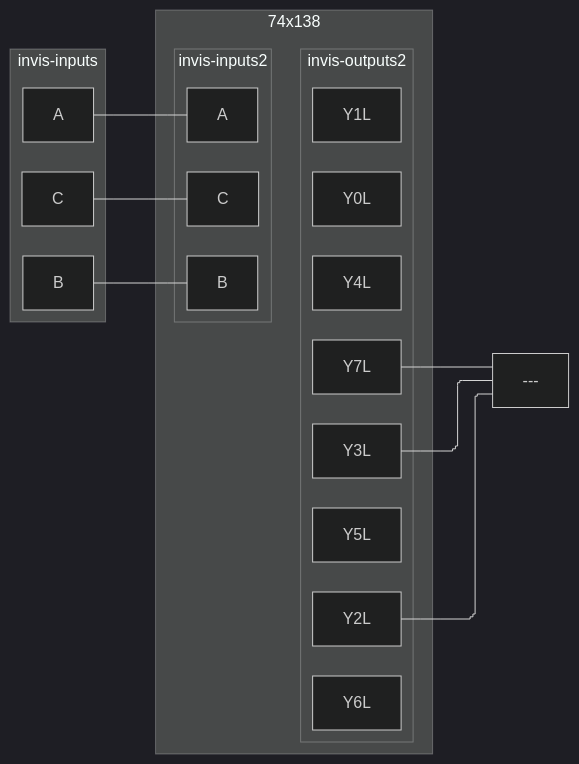
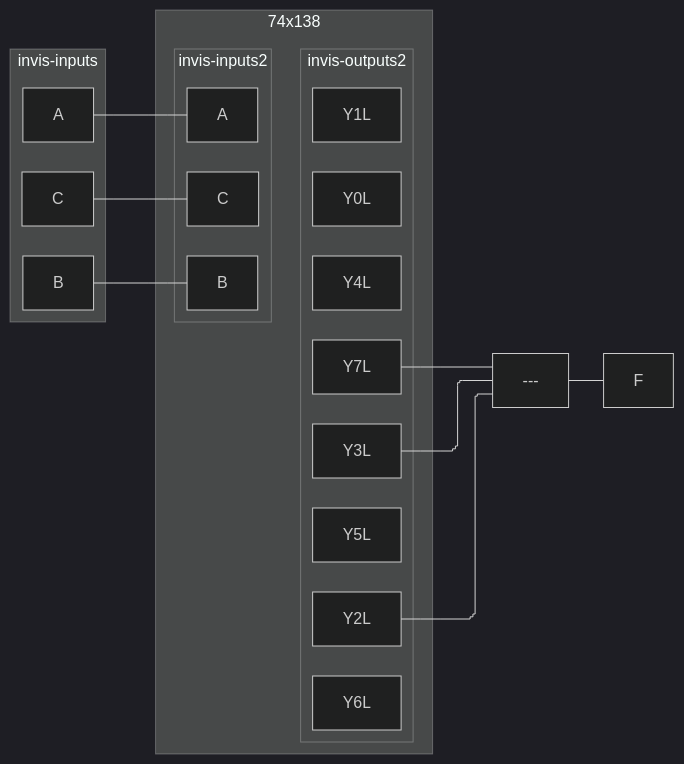
The diagram in CSDS 281 - Logic Design/HW/7/tables.md (tnichols217/notes), drawn with Mermaid (dark theme) before and after one commit. The commit also changed other lines of this file, not shown here.

````diff
--- a/CSDS 281 - Logic Design/HW/7/tables.md
+++ b/CSDS 281 - Logic Design/HW/7/tables.md
@@ -27,28 +27,29 @@
 ```mermaid
 %%{ init: { 'flowchart': { 'curve': 'stepBefore', "defaultRenderer": "elk" } } }%%
 flowchart LR
 subgraph invis-inputs
 A
 B
 C
 end
 subgraph 74x138
 subgraph invis-inputs2
 A --- Aa["A"]
 B --- Bb["B"]
 C --- Cc["C"]
 end
 subgraph invis-outputs2
 Y0L
 Y1L
 Y2L
 Y3L
 Y4L
 Y5L
 Y6L
 Y7L
 end
 invis-inputs2 ~~~ invis-outputs2
 end
 Y2L & Y3L & Y7L --- nand1[---]
+nand1 --- F
 ```
````
